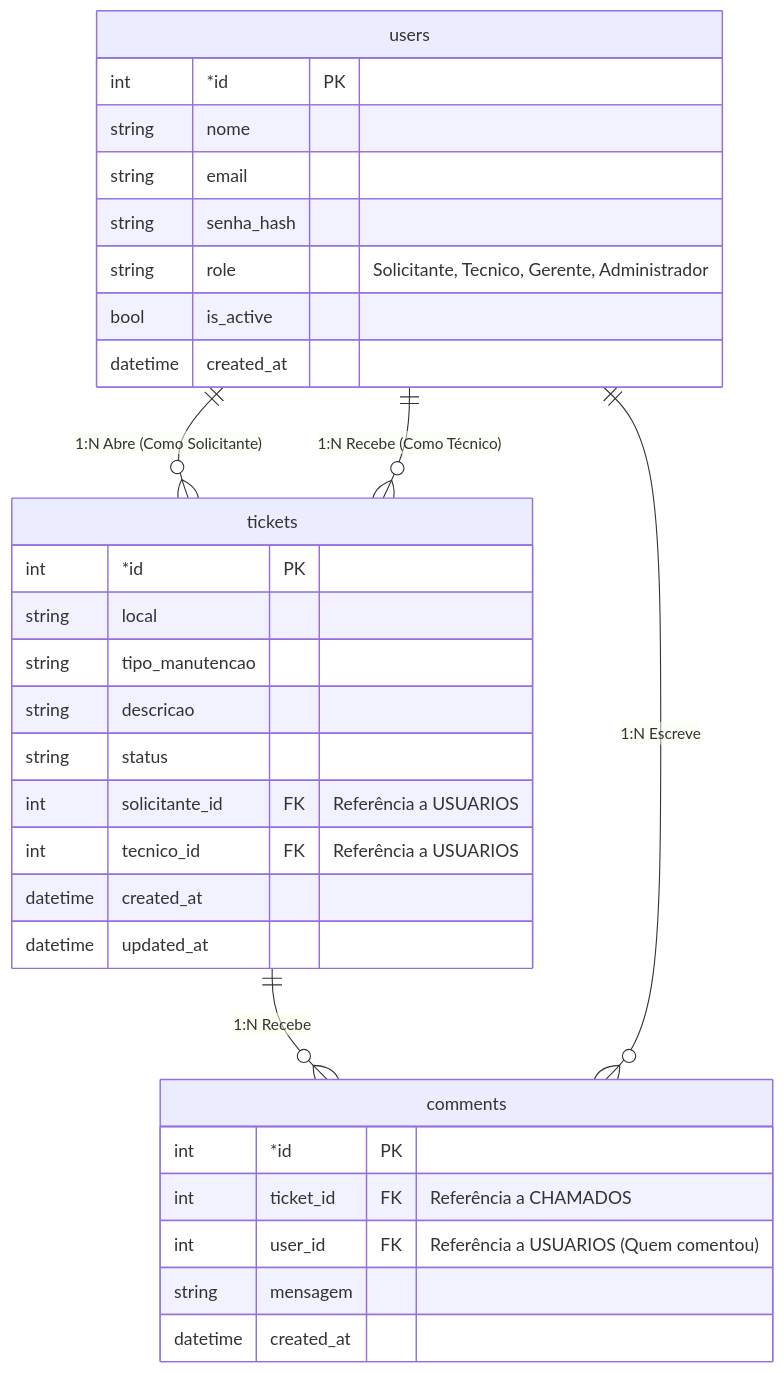
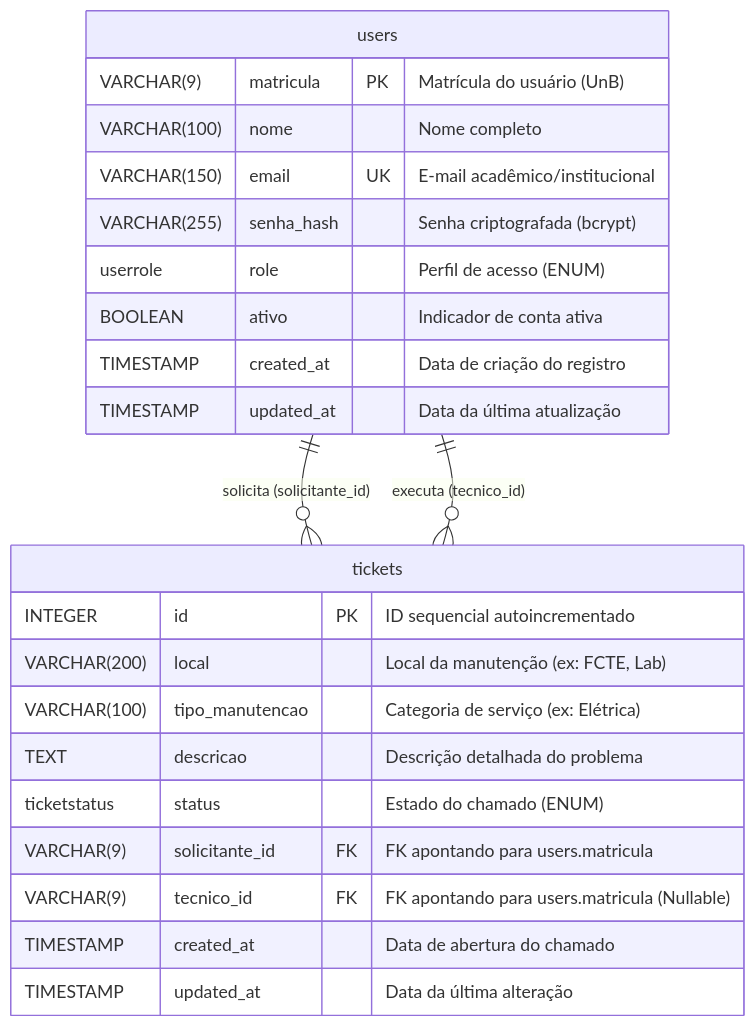
The diagram in docs/banco-de-dados/diagrama-relacionamento-inicial.md (FGA0138-MDS-Ajax/2026.1-T03-Parnas), drawn with Mermaid before and after one commit. The commit also changed other lines of this file and 13 other files, not shown here.

Commit message:
feat(mkdocs): estruturação do mkdocs, criação de um rosto inicial para o documento e separação de abas.

````diff
--- a/docs/banco-de-dados/diagrama-relacionamento-inicial.md
+++ b/docs/banco-de-dados/diagrama-relacionamento-inicial.md
@@ -1,71 +11,28 @@
 ```mermaid
 erDiagram
+    users {
+        VARCHAR(9) matricula PK "Matrícula do usuário (UnB)"
+        VARCHAR(100) nome "Nome completo"
+        VARCHAR(150) email UK "E-mail acadêmico/institucional"
+        VARCHAR(255) senha_hash "Senha criptografada (bcrypt)"
+        userrole role "Perfil de acesso (ENUM)"
+        BOOLEAN ativo "Indicador de conta ativa"
+        TIMESTAMP created_at "Data de criação do registro"
+        TIMESTAMP updated_at "Data da última atualização"
+    }
 
-    users ||--o{ tickets : "1:N Abre (Como Solicitante)"
+    tickets {
+        INTEGER id PK "ID sequencial autoincrementado"
+        VARCHAR(200) local "Local da manutenção (ex: FCTE, Lab)"
+        VARCHAR(100) tipo_manutencao "Categoria de serviço (ex: Elétrica)"
+        TEXT descricao "Descrição detalhada do problema"
+        ticketstatus status "Estado do chamado (ENUM)"
+        VARCHAR(9) solicitante_id FK "FK apontando para users.matricula"
+        VARCHAR(9) tecnico_id FK "FK apontando para users.matricula (Nullable)"
+        TIMESTAMP created_at "Data de abertura do chamado"
+        TIMESTAMP updated_at "Data da última alteração"
+    }
 
-    users ||--o{ tickets : "1:N Recebe (Como Técnico)"
-
-    tickets ||--o{ comments : "1:N Recebe"
-
-    users ||--o{ comments : "1:N Escreve"
-
-  
-
-    users {
-
-        int *id PK
-
-        string nome
-
-        string email
-
-        string senha_hash
-
-        string role "Solicitante, Tecnico, Gerente, Administrador"
-
-        bool is_active
-
-        datetime created_at
-
-    }
-
-  
-
-    tickets {
-
-        int *id PK
-
-        string local
-
-        string tipo_manutencao
-
-        string descricao
-
-        string status
-
-        int solicitante_id FK "Referência a USUARIOS"
-
-        int tecnico_id FK "Referência a USUARIOS"
-
-        datetime created_at
-
-        datetime updated_at
-
-    }
-
-  
-
-    comments {
-
-        int *id PK
-
-        int ticket_id FK "Referência a CHAMADOS"
-
-        int user_id FK "Referência a USUARIOS (Quem comentou)"
-
-        string mensagem
-
-        datetime created_at
-
-    }
+    users ||--o{ tickets : "solicita (solicitante_id)"
+    users ||--o{ tickets : "executa (tecnico_id)"
 ```
````
